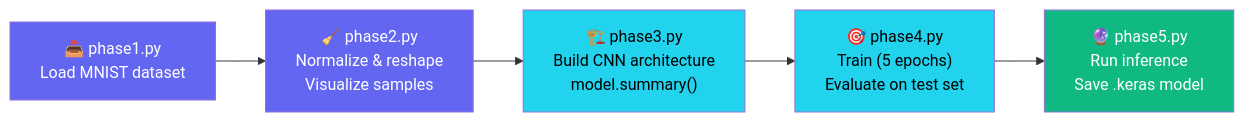
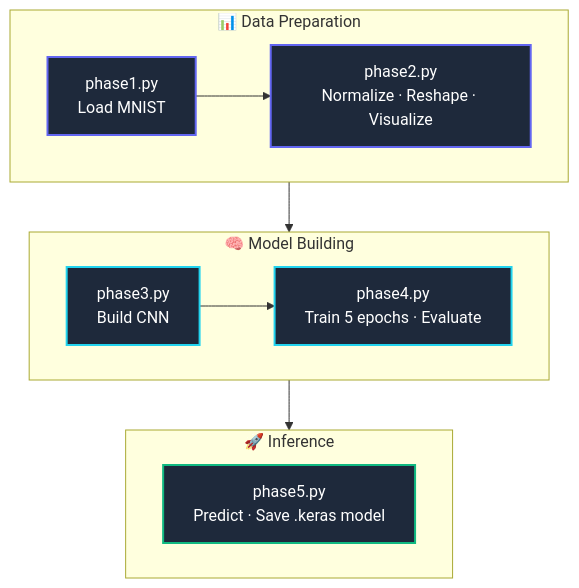
The first of 2 diagrams in README.md (iamkrishna27/CodeAlpha_Handwritten_Character_Recognition), drawn with Mermaid before and after one commit. The commit also changed other lines of this file, not shown here.

Commit message:
Update project workflow and model diagrams in README

````diff
--- a/README.md
+++ b/README.md
@@ -30,13 +30,27 @@
 ```mermaid
-flowchart LR
-    A["📥 phase1.py<br/>Load MNIST dataset"] --> B["🧹 phase2.py<br/>Normalize & reshape<br/>Visualize samples"]
-    B --> C["🏗️ phase3.py<br/>Build CNN architecture<br/>model.summary()"]
-    C --> D["🎯 phase4.py<br/>Train (5 epochs)<br/>Evaluate on test set"]
-    D --> E["🔮 phase5.py<br/>Run inference<br/>Save .keras model"]
+graph TD
+    subgraph Data["📊 Data Preparation"]
+        A["phase1.py<br/>Load MNIST"]
+        B["phase2.py<br/>Normalize · Reshape · Visualize"]
+        A --> B
+    end
 
-    style A fill:#6366F1,color:#fff
-    style B fill:#6366F1,color:#fff
-    style C fill:#22D3EE,color:#000
-    style D fill:#22D3EE,color:#000
-    style E fill:#10B981,color:#fff
+    subgraph Model["🧠 Model Building"]
+        C["phase3.py<br/>Build CNN"]
+        D["phase4.py<br/>Train 5 epochs · Evaluate"]
+        C --> D
+    end
+
+    subgraph Deploy["🚀 Inference"]
+        E["phase5.py<br/>Predict · Save .keras model"]
+    end
+
+    Data --> Model --> Deploy
+
+    classDef dataStyle fill:#1E293B,stroke:#6366F1,stroke-width:2px,color:#fff
+    classDef modelStyle fill:#1E293B,stroke:#22D3EE,stroke-width:2px,color:#fff
+    classDef deployStyle fill:#1E293B,stroke:#10B981,stroke-width:2px,color:#fff
+    class A,B dataStyle
+    class C,D modelStyle
+    class E deployStyle
 ```
````
